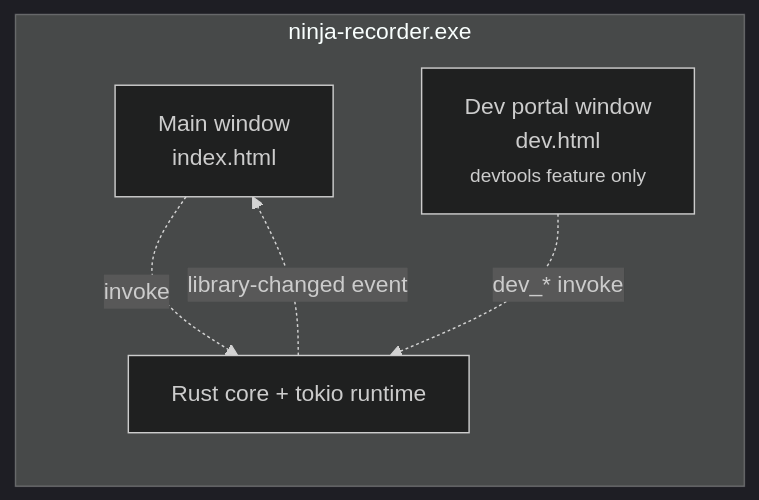
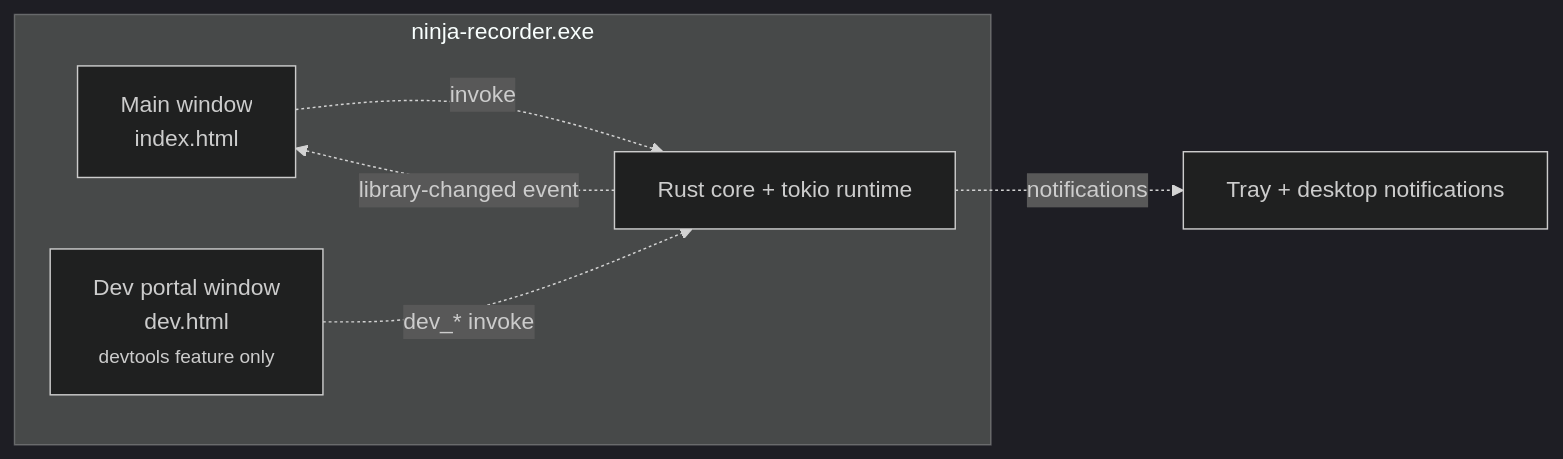
The fourth of 4 diagrams in docs/architecture.md (NinjaGoldfinch/ninja-recorder), drawn with Mermaid (dark theme) before and after one commit. The commit also changed other lines of this file and 13 other files, not shown here.

````diff
--- a/docs/architecture.md
+++ b/docs/architecture.md
@@ -152,11 +153,12 @@
 ```mermaid
 flowchart LR
     subgraph P["ninja-recorder.exe"]
         W1["Main window<br/>index.html"]
         W2["Dev portal window<br/>dev.html<br/><small>devtools feature only</small>"]
         RT["Rust core + tokio runtime"]
     end
     W1 -. invoke .-> RT
     W2 -. dev_* invoke .-> RT
     RT -. library-changed event .-> W1
+    RT -. notifications .-> OS["Tray + desktop notifications"]
 ```
````
